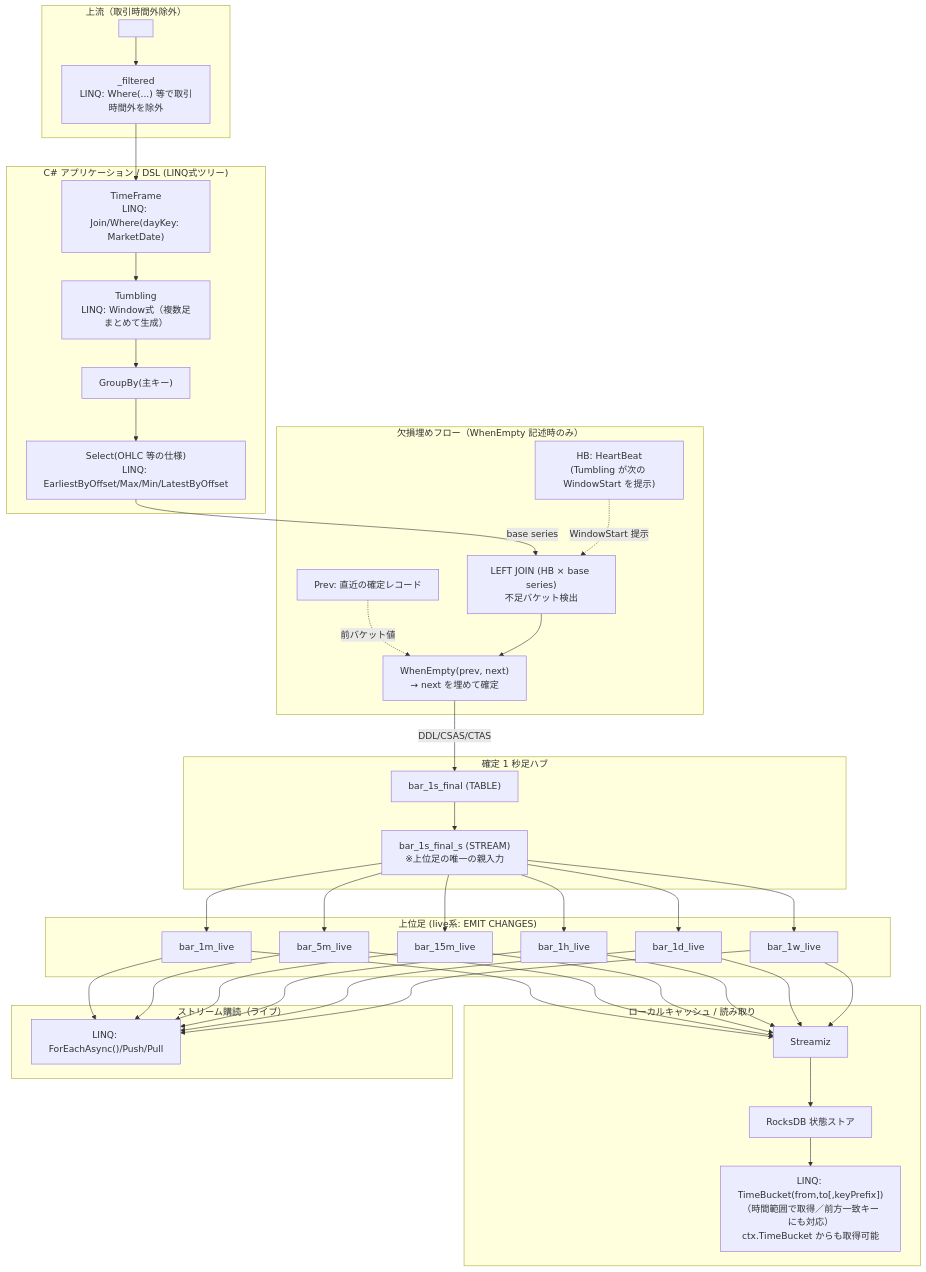
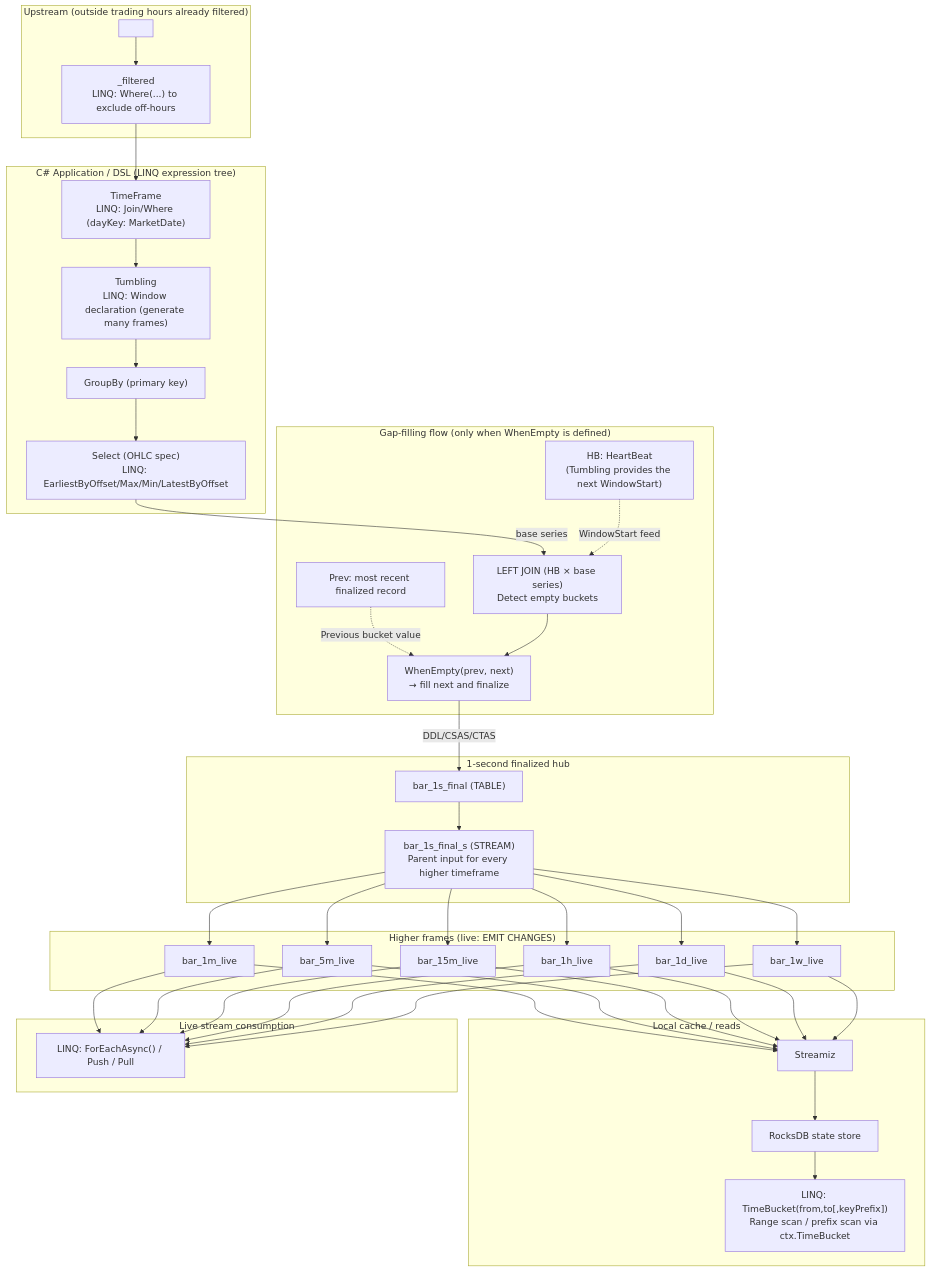
Before and after one commit to sage-mt07/experimental: the diagram in docs/chart.md, drawn with Mermaid. The commit also changed other lines of this file and 9 other files, not shown here.

````diff
--- a/docs/chart.md
+++ b/docs/chart.md
@@ -44,44 +42,43 @@
-``` mermaid
-
+```mermaid
 flowchart TB
-  %% ============ 上流 ============
-  subgraph Upstream["上流（取引時間外除外）"]
+  %% ============ Upstream ============
+  subgraph Upstream["Upstream (outside trading hours already filtered)"]
     raw["<raw>"]
-    filtered["<raw>_filtered\nLINQ: Where(...) 等で取引時間外を除外"]
+    filtered["<raw>_filtered\nLINQ: Where(...) to exclude off-hours"]
     raw --> filtered
   end
 
   %% ============ DSL ============
-  subgraph DSL["C# アプリケーション / DSL (LINQ式ツリー)"]
-    TF["TimeFrame<MarketSchedule>\nLINQ: Join/Where(dayKey: MarketDate)"]
-    Tumble["Tumbling\nLINQ: Window式（複数足まとめて生成）"]
-    GroupBy["GroupBy(主キー)"]
-    Select["Select(OHLC 等の仕様)\nLINQ: EarliestByOffset/Max/Min/LatestByOffset"]
+  subgraph DSL["C# Application / DSL (LINQ expression tree)"]
+    TF["TimeFrame<MarketSchedule>\nLINQ: Join/Where (dayKey: MarketDate)"]
+    Tumble["Tumbling\nLINQ: Window declaration (generate many frames)"]
+    GroupBy["GroupBy (primary key)"]
+    Select["Select (OHLC spec)\nLINQ: EarliestByOffset/Max/Min/LatestByOffset"]
   end
   filtered --> TF --> Tumble --> GroupBy --> Select
 
-  %% ============ WhenEmpty（HB/Prev合流） ============
-  subgraph Fill["欠損埋めフロー（WhenEmpty 記述時のみ）"]
-    HB["HB: HeartBeat\n(Tumbling が次の WindowStart を提示)"]
-    Prev["Prev: 直近の確定レコード"]
-    Join["LEFT JOIN (HB × base series)\n不足バケット検出"]
-    Apply["WhenEmpty(prev, next)\n→ next を埋めて確定"]
+  %% ============ WhenEmpty (HB/Prev join) ============
+  subgraph Fill["Gap-filling flow (only when WhenEmpty is defined)"]
+    HB["HB: HeartBeat\n(Tumbling provides the next WindowStart)"]
+    Prev["Prev: most recent finalized record"]
+    Join["LEFT JOIN (HB × base series)\nDetect empty buckets"]
+    Apply["WhenEmpty(prev, next)\n→ fill next and finalize"]
   end
   Select -->|base series| Join
-  HB -.->|WindowStart 提示| Join
-  Prev -.->|前バケット値| Apply
+  HB -.->|WindowStart feed| Join
+  Prev -.->|Previous bucket value| Apply
   Join --> Apply
 
-  %% ============ 1s_final ハブ ============
-  subgraph Hub["確定 1 秒足ハブ"]
+  %% ============ 1s_final hub ============
+  subgraph Hub["1-second finalized hub"]
     final1s["bar_1s_final (TABLE)"]
-    final1s_s["bar_1s_final_s (STREAM)\n※上位足の唯一の親入力"]
+    final1s_s["bar_1s_final_s (STREAM)\nParent input for every higher timeframe"]
     final1s --> final1s_s
   end
   Apply -->|DDL/CSAS/CTAS| final1s
 
-  %% ============ 上位足（flat派生） ============
-  subgraph Live["上位足 (live系: EMIT CHANGES)"]
+  %% ============ Higher frames (flat derivation) ============
+  subgraph Live["Higher frames (live: EMIT CHANGES)"]
     m1["bar_1m_live"]
     m5["bar_5m_live"]
     m15["bar_15m_live"]
@@ -96,20 +93,20 @@
   final1s_s --> d1
   final1s_s --> w1
 
-  %% ============ ローカルキャッシュ / 読み取り ============
-  subgraph Cache["ローカルキャッシュ / 読み取り"]
+  %% ============ Local cache / reads ============
+  subgraph Cache["Local cache / reads"]
     streamiz["Streamiz"]
-    rocks["RocksDB 状態ストア"]
-    timebucket["LINQ: TimeBucket(from,to[,keyPrefix])\n（時間範囲で取得／前方一致キーにも対応）\nctx.TimeBucket からも取得可能"]
+    rocks["RocksDB state store"]
+    timebucket["LINQ: TimeBucket(from,to[,keyPrefix])\nRange scan / prefix scan via ctx.TimeBucket"]
     streamiz --> rocks --> timebucket
   end
 
-  %% 並行するストリーム購読
-  subgraph StreamRead["ストリーム購読（ライブ）"]
-    pushpull["LINQ: ForEachAsync()/Push/Pull"]
+  %% Parallel stream reads
+  subgraph StreamRead["Live stream consumption"]
+    pushpull["LINQ: ForEachAsync() / Push / Pull"]
   end
 
-  %% live 出力→利用面へ
+  %% Live output -> consumers
   m1 --> streamiz
   m5 --> streamiz
   m15 --> streamiz
@@ -124,13 +121,9 @@
   d1 --> pushpull
   w1 --> pushpull
 
-  %% ============ スタイル定義 ============
-  %% 色：緑=入力, 紫=DSL/変換, 青=DB/ストリーム, オレンジ=出力, 黄=WhenEmpty補助
+  %% Styles
   classDef in fill:#e9f7ef,stroke:#27ae60,color:#145a32;
   classDef dsl fill:#efe9fb,stroke:#8e44ad,color:#4a235a;
   classDef gen fill:#efe9fb,stroke:#8e44ad,color:#4a235a;
-  classDef db fill:#eaf2fb,stroke:#2980b9,color
-
-
-
-``` 
+  classDef db fill:#eaf2fb,stroke:#2980b9,color:#1b4f72;
+```
````
